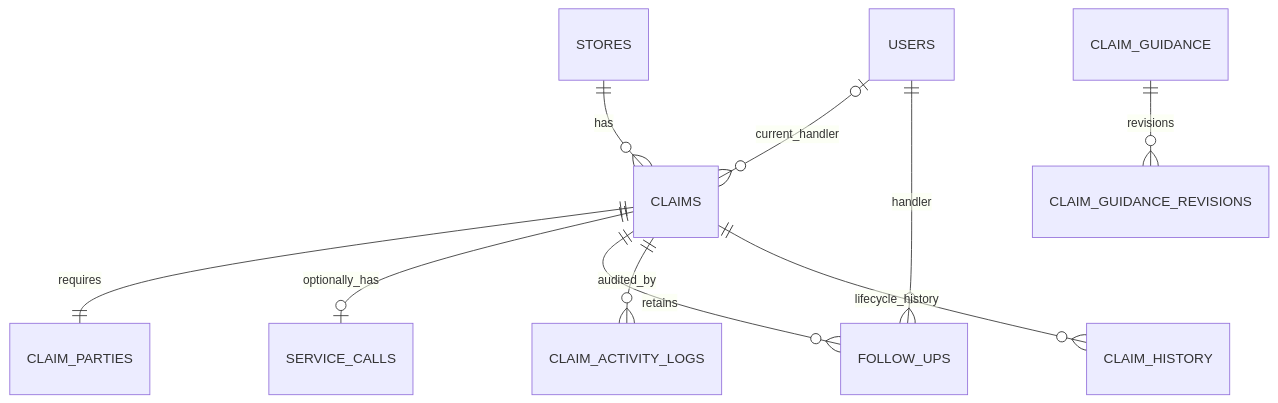
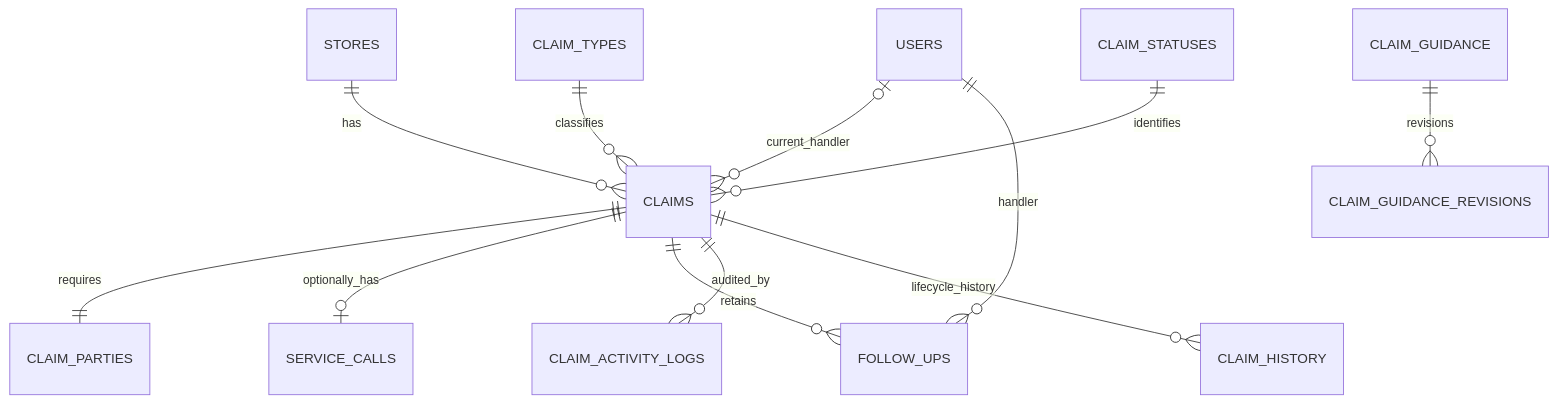
Before and after one commit to Echo-EpxCode/QuickContractors-Claims-Tracker-System---v1.1: the seventh of 7 diagrams in Claims_Tracker_System_App_Flow_V1.1.md, drawn with Mermaid. The commit also changed other lines of this file, not shown here.

Commit message:
docs(app-flow): align claim workflows and user roles

````diff
--- a/Claims_Tracker_System_App_Flow_V1.1.md
+++ b/Claims_Tracker_System_App_Flow_V1.1.md
@@ -553,12 +553,14 @@
 ```mermaid
 erDiagram
     USERS o|--o{ CLAIMS : current_handler
     STORES ||--o{ CLAIMS : has
+    CLAIM_TYPES ||--o{ CLAIMS : classifies
+    CLAIM_STATUSES ||--o{ CLAIMS : identifies
     CLAIMS ||--|| CLAIM_PARTIES : requires
     CLAIMS ||--o| SERVICE_CALLS : optionally_has
     CLAIMS ||--o{ FOLLOW_UPS : retains
     USERS ||--o{ FOLLOW_UPS : handler
     CLAIMS ||--o{ CLAIM_ACTIVITY_LOGS : audited_by
     CLAIMS ||--o{ CLAIM_HISTORY : lifecycle_history
     CLAIM_GUIDANCE ||--o{ CLAIM_GUIDANCE_REVISIONS : revisions
 ```
````
